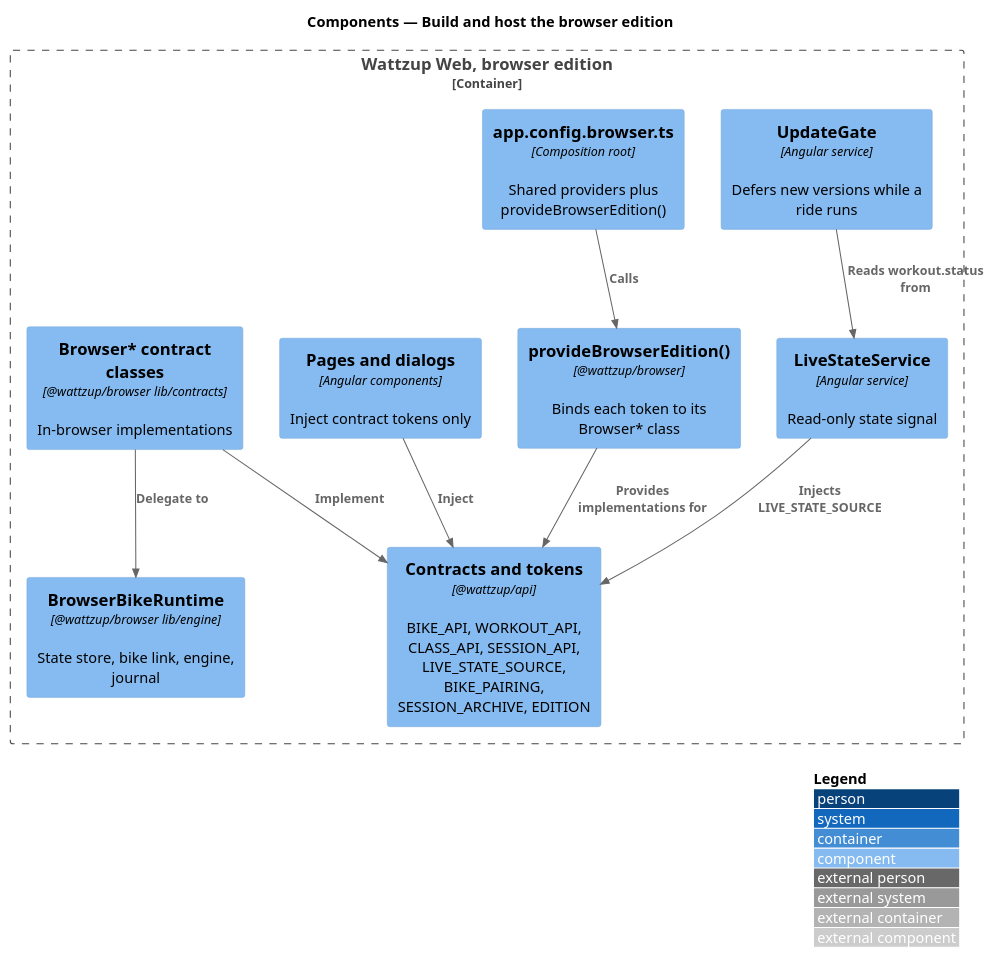
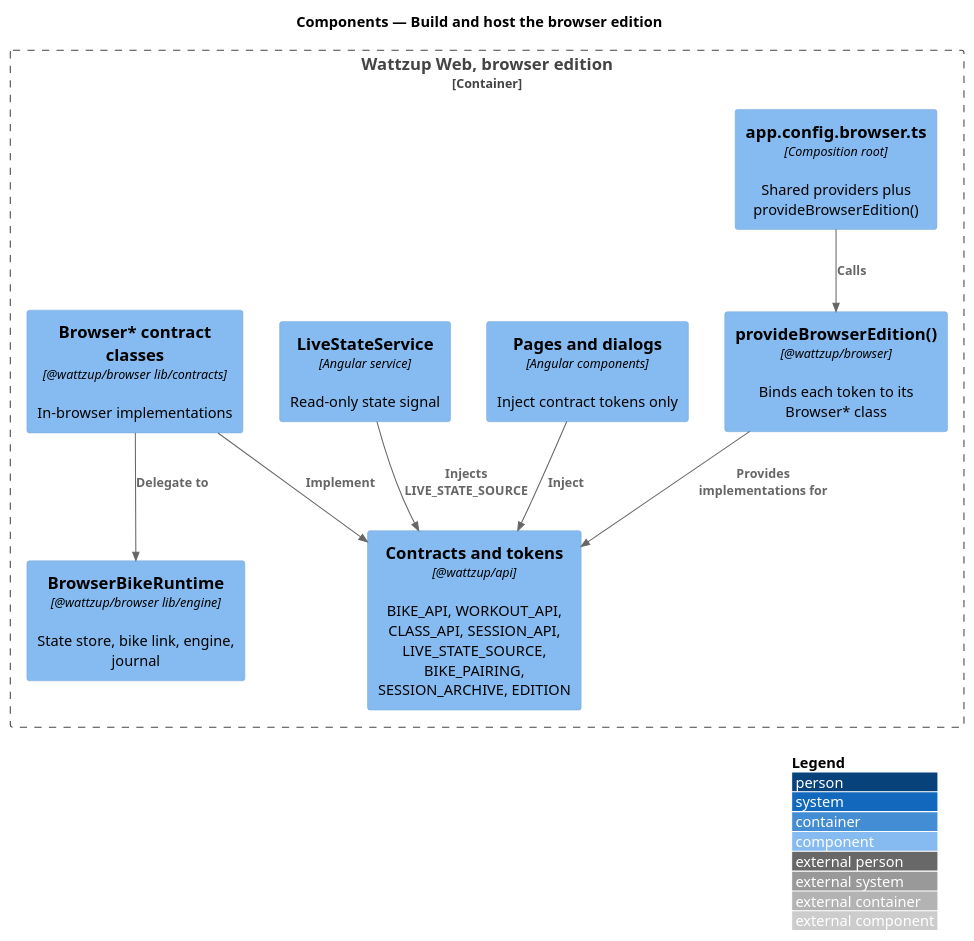
One commit to QuinntyneBrown/ride-one changed the diagram in docs/detailed-designs/browser-edition/build-and-host/diagrams/c4-component.puml. Above: the diagram before and after it, drawn with PlantUML. The commit also changed 14 other files, not shown here.

```diff
--- a/docs/detailed-designs/browser-edition/build-and-host/diagrams/c4-component.puml
+++ b/docs/detailed-designs/browser-edition/build-and-host/diagrams/c4-component.puml
@@ -1,24 +1,22 @@
 @startuml
 !include <C4/C4_Component>
 LAYOUT_WITH_LEGEND()
 title Components — Build and host the browser edition
 
 Container_Boundary(app, "Wattzup Web, browser edition") {
   Component(root, "app.config.browser.ts", "Composition root", "Shared providers plus provideBrowserEdition()")
   Component(screens, "Pages and dialogs", "Angular components", "Inject contract tokens only")
   Component(live, "LiveStateService", "Angular service", "Read-only state signal")
   Component(tokens, "Contracts and tokens", "@wattzup/api", "BIKE_API, WORKOUT_API, CLASS_API, SESSION_API, LIVE_STATE_SOURCE, BIKE_PAIRING, SESSION_ARCHIVE, EDITION")
   Component(provide, "provideBrowserEdition()", "@wattzup/browser", "Binds each token to its Browser* class")
   Component(impls, "Browser* contract classes", "@wattzup/browser lib/contracts", "In-browser implementations")
   Component(runtime, "BrowserBikeRuntime", "@wattzup/browser lib/engine", "State store, bike link, engine, journal")
-  Component(gate, "UpdateGate", "Angular service", "Defers new versions while a ride runs")
 }
 
 Rel(root, provide, "Calls")
 Rel(provide, tokens, "Provides implementations for")
 Rel(screens, tokens, "Inject")
 Rel(live, tokens, "Injects LIVE_STATE_SOURCE")
 Rel(impls, tokens, "Implement")
 Rel(impls, runtime, "Delegate to")
-Rel(gate, live, "Reads workout.status from")
 @enduml
```
